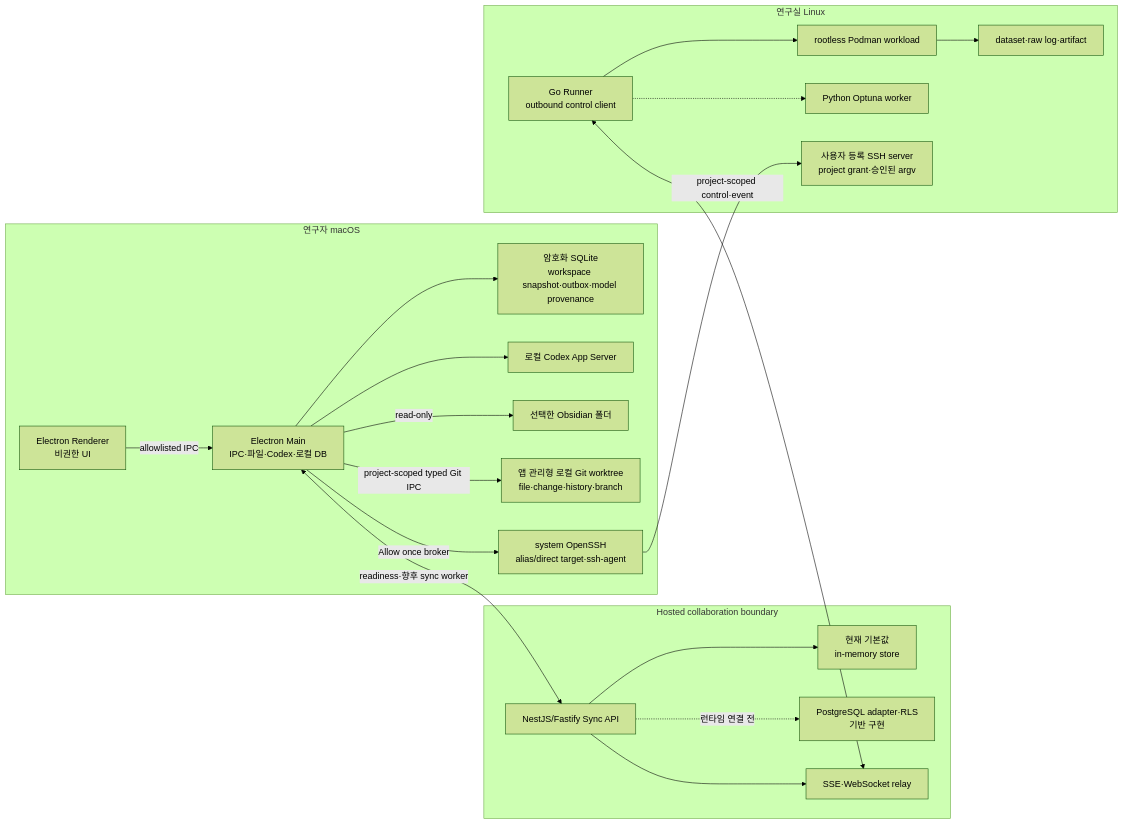
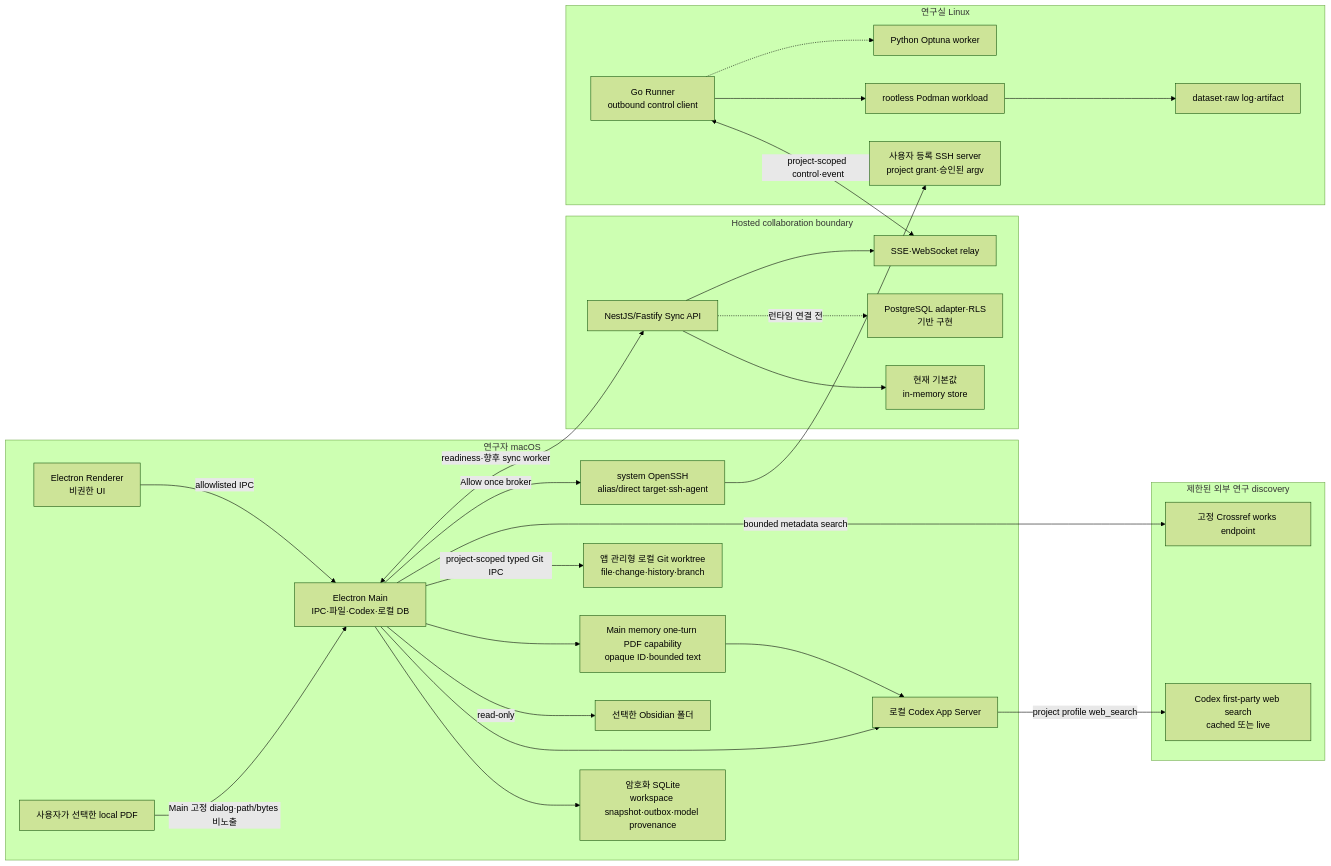
The first of 6 diagrams in docs/ARCHITECTURE.md (gli-minsuk-shin/GOSU), drawn with Mermaid (forest theme) before and after one commit. The commit also changed other lines of this file and 39 other files, not shown here.

````diff
--- a/docs/ARCHITECTURE.md
+++ b/docs/ARCHITECTURE.md
@@ -45,42 +45,52 @@
 ```mermaid
 flowchart LR
   subgraph Mac["연구자 macOS"]
     Renderer["Electron Renderer\n비권한 UI"]
     Main["Electron Main\nIPC·파일·Codex·로컬 DB"]
     LocalDB["암호화 SQLite\nworkspace snapshot·outbox·model provenance"]
     Codex["로컬 Codex App Server"]
     Vault["선택한 Obsidian 폴더"]
+    PdfFiles["사용자가 선택한 local PDF"]
+    PdfCapability["Main memory one-turn PDF capability\nopaque ID·bounded text"]
     Git["앱 관리형 로컬 Git worktree\nfile·change·history·branch"]
     OpenSSH["system OpenSSH\nalias/direct target·ssh-agent"]
+  end
+
+  subgraph External["제한된 외부 연구 discovery"]
+    WebSearch["Codex first-party web search\ncached 또는 live"]
+    Crossref["고정 Crossref works endpoint"]
   end
 
   subgraph Hosted["Hosted collaboration boundary"]
     API["NestJS/Fastify Sync API"]
     Memory["현재 기본값\nin-memory store"]
     Postgres["PostgreSQL adapter·RLS\n기반 구현"]
     Relay["SSE·WebSocket relay"]
   end
 
   subgraph Lab["연구실 Linux"]
     Runner["Go Runner\noutbound control client"]
     Podman["rootless Podman workload"]
     Artifacts["dataset·raw log·artifact"]
     Optimizer["Python Optuna worker"]
     SshHost["사용자 등록 SSH server\nproject grant·승인된 argv"]
   end
 
   Renderer -->|"allowlisted IPC"| Main
   Main --> LocalDB
   Main --> Codex
   Main -->|"read-only"| Vault
+  PdfFiles -->|"Main 고정 dialog·path/bytes 비노출"| Main --> PdfCapability --> Codex
   Main -->|"project-scoped typed Git IPC"| Git
+  Codex -->|"project profile web_search"| WebSearch
+  Main -->|"bounded metadata search"| Crossref
   Main -->|"Allow once broker"| OpenSSH --> SshHost
   Main <-->|"readiness·향후 sync worker"| API
   API --> Memory
   API -.->|"런타임 연결 전"| Postgres
   API --> Relay
   Runner <-->|"project-scoped control·event"| Relay
   Runner --> Podman
   Podman --> Artifacts
   Runner -.-> Optimizer
 ```
````
